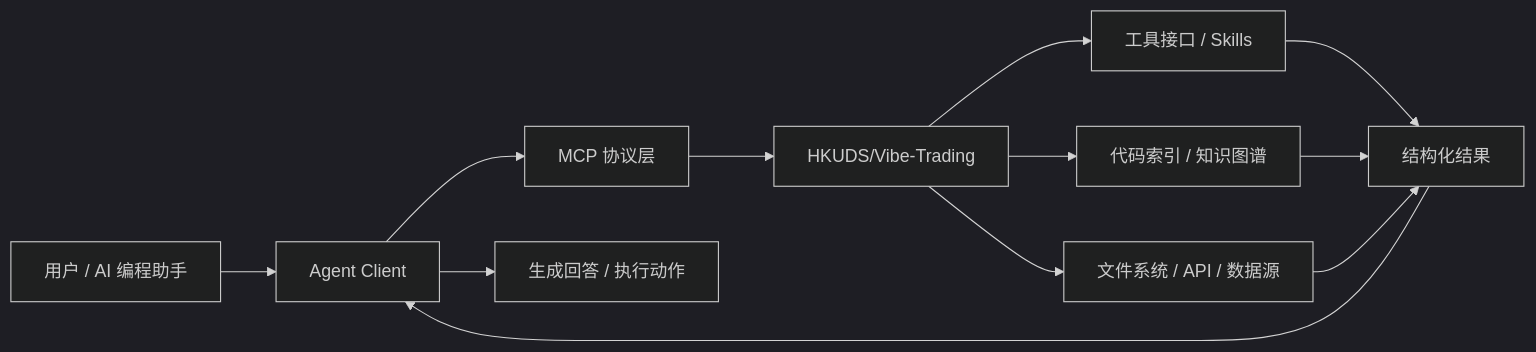
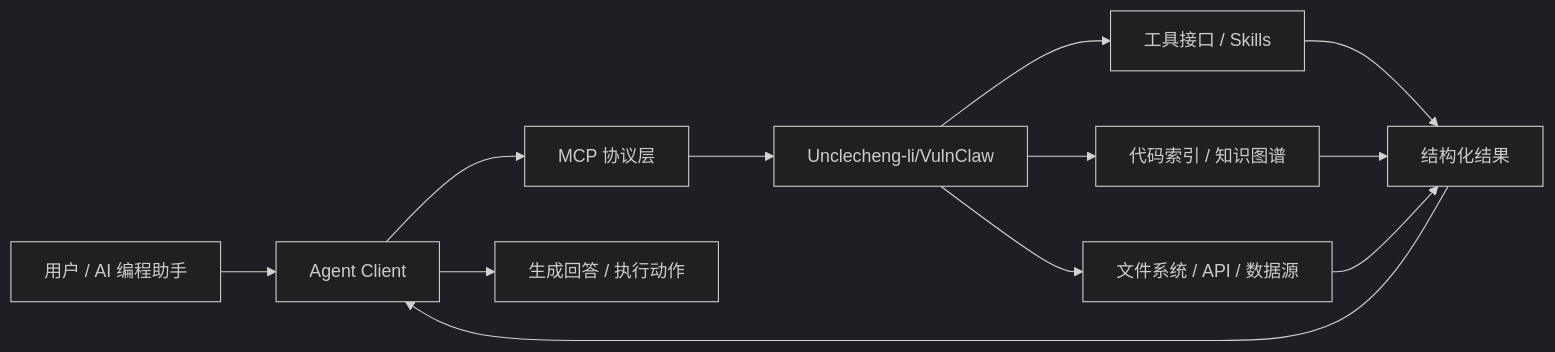
Before and after one commit to Lingwangla/github_trend: the fifth of 5 diagrams in TRENDING.md, drawn with Mermaid (dark theme). The commit also changed other lines of this file and 2 other files, not shown here.

````diff
--- a/TRENDING.md
+++ b/TRENDING.md
@@ -154,14 +188,14 @@
 ```mermaid
 flowchart LR
     User[用户 / AI 编程助手] --> Client[Agent Client]
     Client --> Protocol[MCP 协议层]
-    Protocol --> Server[HKUDS/Vibe-Trading]
+    Protocol --> Server[Unclecheng-li/VulnClaw]
     Server --> Tools[工具接口 / Skills]
     Server --> Index[代码索引 / 知识图谱]
     Server --> Data[文件系统 / API / 数据源]
     Tools --> Result[结构化结果]
     Index --> Result
     Data --> Result
     Result --> Client
     Client --> Answer[生成回答 / 执行动作]
 ```
````
